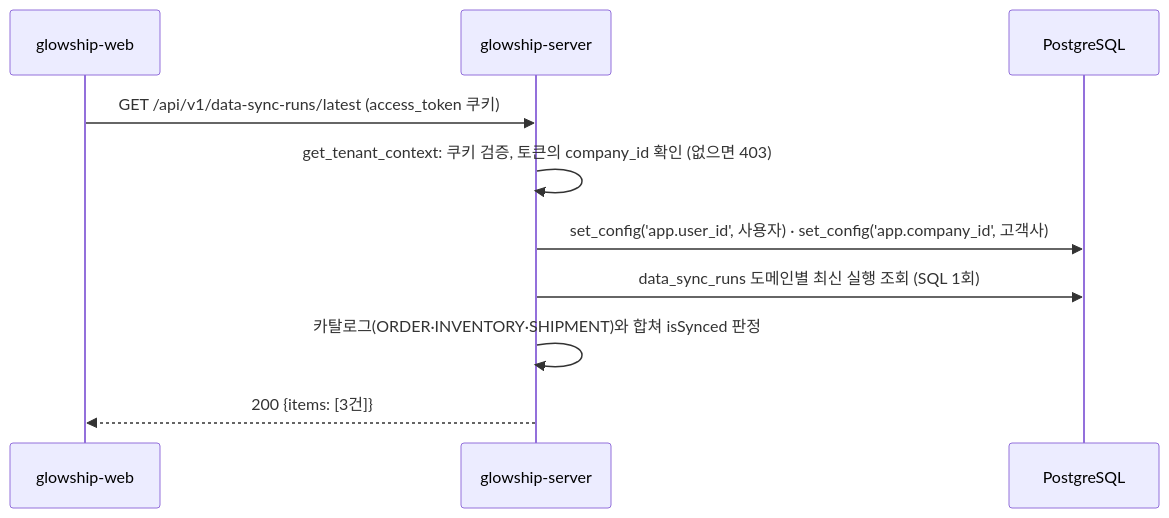
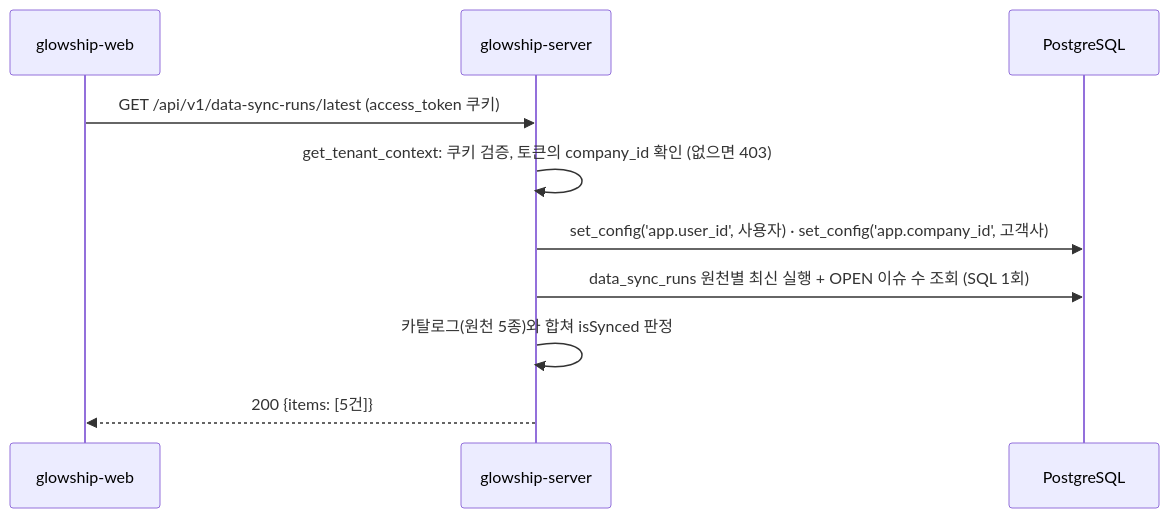
Before and after one commit to K-GlowShip/glowship-server: the diagram in docs/data-sync/latest-sync-status.md, drawn with Mermaid. The commit also changed other lines of this file and 2 other files, not shown here.

First line of the commit message:
docs(data_sync): 동기화 상태 조회 문서를 명세 v6.2 4.3 에 맞춤 #GLOW-97

````diff
--- a/docs/data-sync/latest-sync-status.md
+++ b/docs/data-sync/latest-sync-status.md
@@ -9,13 +10,13 @@
 ```mermaid
 sequenceDiagram
     participant W as glowship-web
     participant S as glowship-server
     participant DB as PostgreSQL
 
     W->>S: GET /api/v1/data-sync-runs/latest (access_token 쿠키)
     S->>S: get_tenant_context: 쿠키 검증, 토큰의 company_id 확인 (없으면 403)
     S->>DB: set_config('app.user_id', 사용자) · set_config('app.company_id', 고객사)
-    S->>DB: data_sync_runs 도메인별 최신 실행 조회 (SQL 1회)
-    S->>S: 카탈로그(ORDER·INVENTORY·SHIPMENT)와 합쳐 isSynced 판정
-    S-->>W: 200 {items: [3건]}
+    S->>DB: data_sync_runs 원천별 최신 실행 + OPEN 이슈 수 조회 (SQL 1회)
+    S->>S: 카탈로그(원천 5종)와 합쳐 isSynced 판정
+    S-->>W: 200 {items: [5건]}
 ```
````
